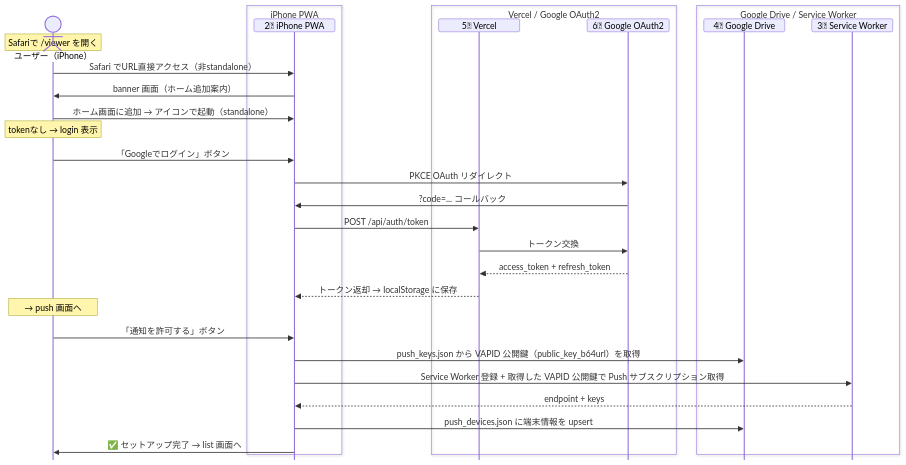
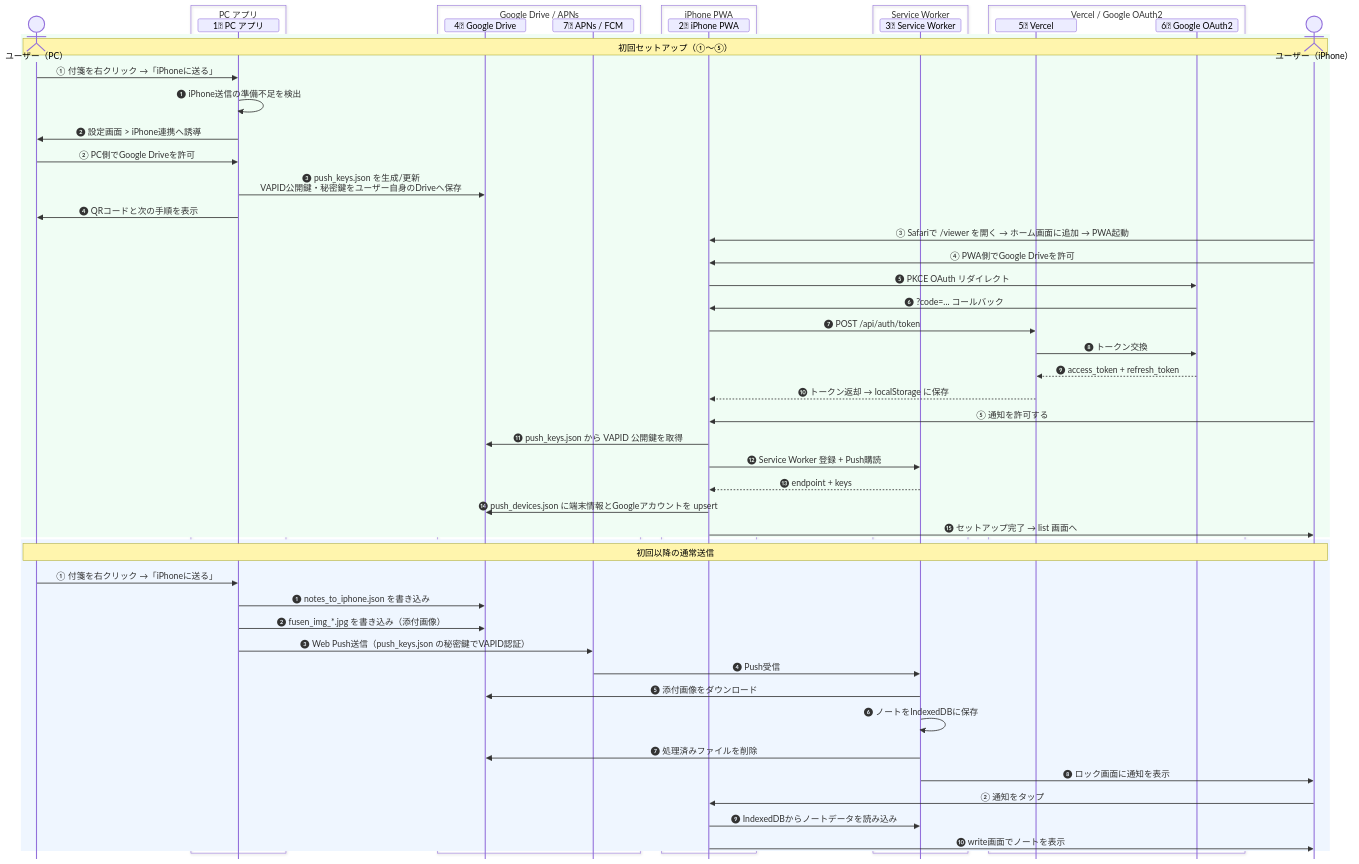
One commit to ore-no-fusen/ore-no-fusen changed the third of 6 diagrams in docs-v2/003_IPHONE.md. Above: the diagram before and after it, drawn with Mermaid. The commit also changed other lines of this file and 3 other files, not shown here.

````diff
--- a/docs-v2/003_IPHONE.md
+++ b/docs-v2/003_IPHONE.md
@@ -517,36 +522,65 @@
 ```mermaid
 %%{init: {'sequence': {'messageMargin': 8, 'mirrorActors': false, 'height': 24, 'boxMargin': 4, 'noteMargin': 6}}}%%
 sequenceDiagram
-    actor UserPhone as ユーザー（iPhone）
+    actor UserPC as ユーザー（PC）
+    box PC アプリ
+        participant PC as 1⃣ PC アプリ
+    end
+    box Google Drive / APNs
+        participant Drive as 4⃣ Google Drive
+        participant APNs as 7⃣ APNs / FCM
+    end
     box iPhone PWA
         participant PWA as 2⃣ iPhone PWA
+    end
+    box Service Worker
+        participant SW as 3⃣ Service Worker
     end
     box Vercel / Google OAuth2
         participant Vercel as 5⃣ Vercel
         participant OAuth as 6⃣ Google OAuth2
     end
-    box Google Drive / Service Worker
-        participant Drive as 4⃣ Google Drive
-        participant SW as 3⃣ Service Worker
+    actor UserPhone as ユーザー（iPhone）
+
+    rect rgb(240, 253, 244)
+        Note over UserPC,UserPhone: 初回セットアップ（①〜⑤）
+        UserPC->>PC: ① 付箋を右クリック →「iPhoneに送る」
+        PC->>PC: ❶ iPhone送信の準備不足を検出
+        PC->>UserPC: ❷ 設定画面 > iPhone連携へ誘導
+        UserPC->>PC: ② PC側でGoogle Driveを許可
+        PC->>Drive: ❸ push_keys.json を生成/更新<br>VAPID公開鍵・秘密鍵をユーザー自身のDriveへ保存
+        PC->>UserPC: ❹ QRコードと次の手順を表示
+
+        UserPhone->>PWA: ③ Safariで /viewer を開く → ホーム画面に追加 → PWA起動
+        UserPhone->>PWA: ④ PWA側でGoogle Driveを許可
+        PWA->>OAuth: ❺ PKCE OAuth リダイレクト
+        OAuth->>PWA: ❻ ?code=... コールバック
+        PWA->>Vercel: ❼ POST /api/auth/token
+        Vercel->>OAuth: ❽ トークン交換
+        OAuth-->>Vercel: ❾ access_token + refresh_token
+        Vercel-->>PWA: ❿ トークン返却 → localStorage に保存
+
+        UserPhone->>PWA: ⑤ 通知を許可する
+        PWA->>Drive: ⓫ push_keys.json から VAPID 公開鍵を取得
+        PWA->>SW: ⓬ Service Worker 登録 + Push購読
+        SW-->>PWA: ⓭ endpoint + keys
+        PWA->>Drive: ⓮ push_devices.json に端末情報とGoogleアカウントを upsert
+        PWA->>UserPhone: ⓯ セットアップ完了 → list 画面へ
     end
 
-    Note over UserPhone: Safariで /viewer を開く
-    UserPhone->>PWA: Safari でURL直接アクセス（非standalone）
-    PWA->>UserPhone: banner 画面（ホーム追加案内）
-    UserPhone->>PWA: ホーム画面に追加 → アイコンで起動（standalone）
-    Note over UserPhone: tokenなし → login 表示
-    UserPhone->>PWA: 「Googleでログイン」ボタン
-    PWA->>OAuth: PKCE OAuth リダイレクト
-    OAuth->>PWA: ?code=... コールバック
-    PWA->>Vercel: POST /api/auth/token
-    Vercel->>OAuth: トークン交換
-    OAuth-->>Vercel: access_token + refresh_token
-    Vercel-->>PWA: トークン返却 → localStorage に保存
-    Note over UserPhone: → push 画面へ
-    UserPhone->>PWA: 「通知を許可する」ボタン
-    PWA->>Drive: push_keys.json から VAPID 公開鍵（public_key_b64url）を取得
-    PWA->>SW: Service Worker 登録 + 取得した VAPID 公開鍵で Push サブスクリプション取得
-    SW-->>PWA: endpoint + keys
-    PWA->>Drive: push_devices.json に端末情報を upsert
-    PWA->>UserPhone: ✅ セットアップ完了 → list 画面へ
+    rect rgb(239, 246, 255)
+        Note over UserPC,UserPhone: 初回以降の通常送信
+        UserPC->>PC: ① 付箋を右クリック →「iPhoneに送る」
+        PC->>Drive: ❶ notes_to_iphone.json を書き込み
+        PC->>Drive: ❷ fusen_img_*.jpg を書き込み（添付画像）
+        PC->>APNs: ❸ Web Push送信（push_keys.json の秘密鍵でVAPID認証）
+        APNs->>SW: ❹ Push受信
+        SW->>Drive: ❺ 添付画像をダウンロード
+        SW->>SW: ❻ ノートをIndexedDBに保存
+        SW->>Drive: ❼ 処理済みファイルを削除
+        SW->>UserPhone: ❽ ロック画面に通知を表示
+        UserPhone->>PWA: ② 通知をタップ
+        PWA->>SW: ❾ IndexedDBからノートデータを読み込み
+        PWA->>UserPhone: ❿ write画面でノートを表示
+    end
 ```
````
